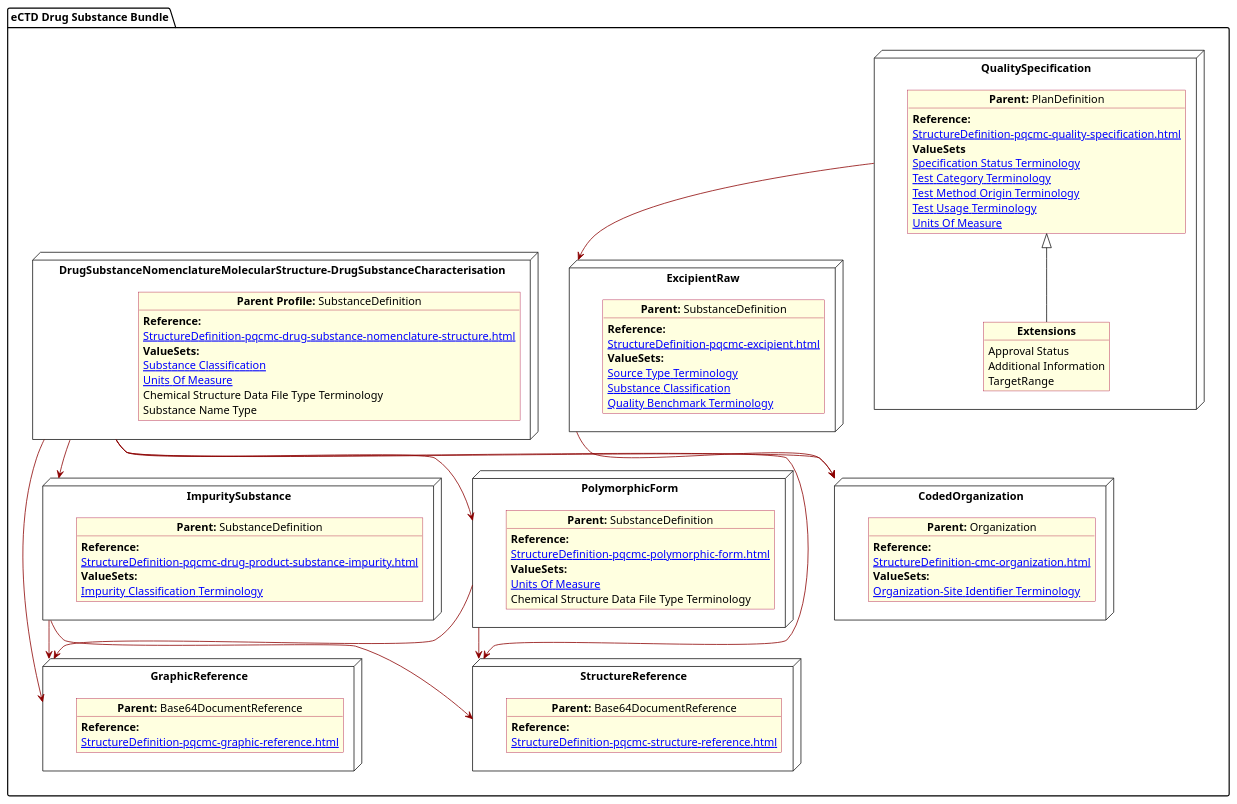
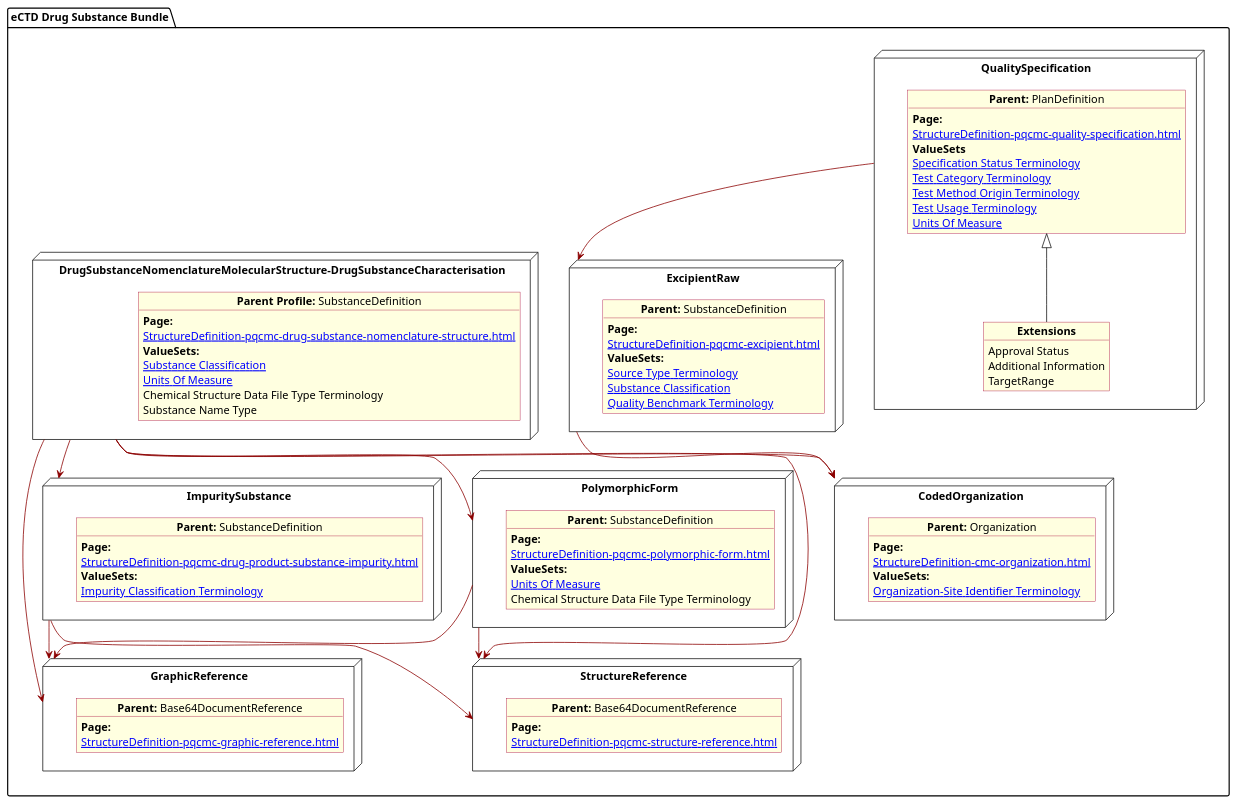
One commit to HL7/FHIR-us-pq-cmc-fda changed the diagram in input/images-source/allSubstance.plantuml. Above: the diagram before and after it, drawn with PlantUML. The commit also changed 34 other files, not shown here.

```diff
--- a/input/images-source/allSubstance.plantuml
+++ b/input/images-source/allSubstance.plantuml
@@ -1,118 +1,118 @@
 @startuml allSubstance
 allowmixing
 'Mixed model of use case and object
 skinparam svgDimensionStyle false
 skinparam ObjectBackgroundColor LightYellow
 skinparam ObjectBorderColor #A80036
 skinparam activityDiamondBorderColor #A80036
 skinparam activityDiamondBackgroundColor lawnGreen
 skinparam ClassBorderThickness 4
 
 package "eCTD Drug Substance Bundle" as NODES {
 
     node "CodedOrganization" as NSO {
 
         object "**Parent:** Organization" as objAu {
-            **Reference:**
+            **Page:**
             [[StructureDefinition-cmc-organization.html]]
             **ValueSets:**
             [[ValueSet-pqcmc-org-identifier-type-terminology.html Organization-Site Identifier Terminology]]
         }
     }
 
     node "ExcipientRaw" as N2all1 {
 
         object "**Parent:** SubstanceDefinition" as objall22 {
-            **Reference:**
+            **Page:**
             [[StructureDefinition-pqcmc-excipient.html]]
             **ValueSets:**
             [[ValueSet-pqcmc-source-type-terminology.html Source Type Terminology]]
             [[ValueSet-substance-classification.html Substance Classification]]
             [[ValueSet-pqcmc-quality-benchmark-terminology.html Quality Benchmark Terminology]]
         }
     }
     node "QualitySpecification" as N2all {
 
         object "**Parent:** PlanDefinition" as objall2 {
-            **Reference:**
+            **Page:**
             [[StructureDefinition-pqcmc-quality-specification.html]]
             **ValueSets**
             [[ValueSet-pqcmc-specification-status-terminology.html Specification Status Terminology]]
             [[ValueSet-pqcmc-test-category-terminology.html Test Category Terminology]]
             [[ValueSet-pqcmc-test-method-origin-terminology.html Test Method Origin Terminology]]
             [[ValueSet-pqcmc-test-usage-terminology.html Test Usage Terminology]]
             [[ValueSet-pqcmc-units-of-measure.html Units Of Measure]]
         }
         object "**Extensions**" as objallQSEx {
             Approval Status
             Additional Information
             TargetRange
         }
         objall2 <|-- objallQSEx
     }
 
     node "DrugSubstanceNomenclatureMolecularStructure-DrugSubstanceCharacterisation" as NN {
 
         object "**Parent Profile:** SubstanceDefinition" as obj33 {
-            **Reference:**
+            **Page:**
             [[StructureDefinition-pqcmc-drug-substance-nomenclature-structure.html]]
             **ValueSets:**
             [[ValueSet-substance-classification.html Substance Classification]]
             [[ValueSet-pqcmc-units-of-measure.html Units Of Measure]]
             Chemical Structure Data File Type Terminology
             Substance Name Type
         }
     }
 
     node "ImpuritySubstance" as N6 {
 
         object "**Parent:** SubstanceDefinition" as obj2 {
-            **Reference:**
+            **Page:**
             [[StructureDefinition-pqcmc-drug-product-substance-impurity.html]]
             **ValueSets:**
             [[ValueSet-pqcmc-impurity-classification-terminology.html Impurity Classification Terminology]]
         }
     }
     node "GraphicReference" as NB64 {
 
         object "**Parent:** Base64DocumentReference"  as obj64 {
-            **Reference:**
+            **Page:**
             [[StructureDefinition-pqcmc-graphic-reference.html]]
         }
     }
 
     node "PolymorphicForm" as N2 {
 
         object "**Parent:** SubstanceDefinition" as obj2poly {
-            **Reference:**
+            **Page:**
             [[StructureDefinition-pqcmc-polymorphic-form.html]]
             **ValueSets:**
             [[ValueSet-pqcmc-units-of-measure.html Units Of Measure]]
             Chemical Structure Data File Type Terminology
         }
     }
 
     node "StructureReference" as NBstruc {
 
         object "**Parent:** Base64DocumentReference"  as objb64 {
-            **Reference:**
+            **Page:**
             [[StructureDefinition-pqcmc-structure-reference.html]]
         }
     }
 
 
     NN -[#darkred]-> N2
     NN -[#darkred]-> NB64
     NN -[#darkred]-> NBstruc
     NN -[#darkred]-> N6
     N2 -[#darkred]-> NB64
     N2 -[#darkred]-> NBstruc
     NN -[#darkred]-> NSO
     N2all1 -[#darkred]-> NSO
     N2all -[#darkred]-> N2all1
     N6 -[#darkred]-> NB64
     N6 -[#darkred]-> NBstruc
 }
 
 
 @enduml
```
